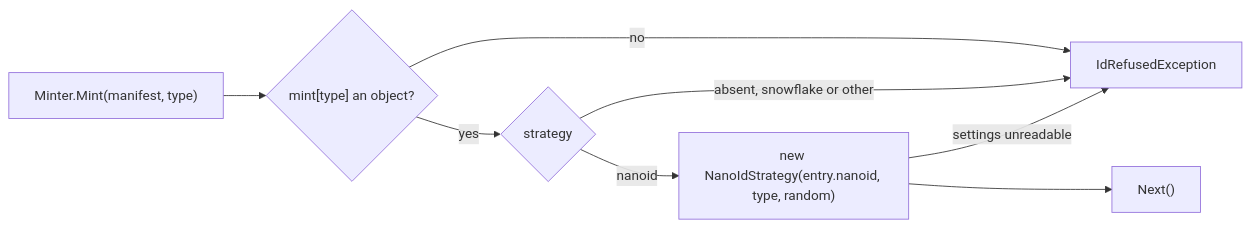
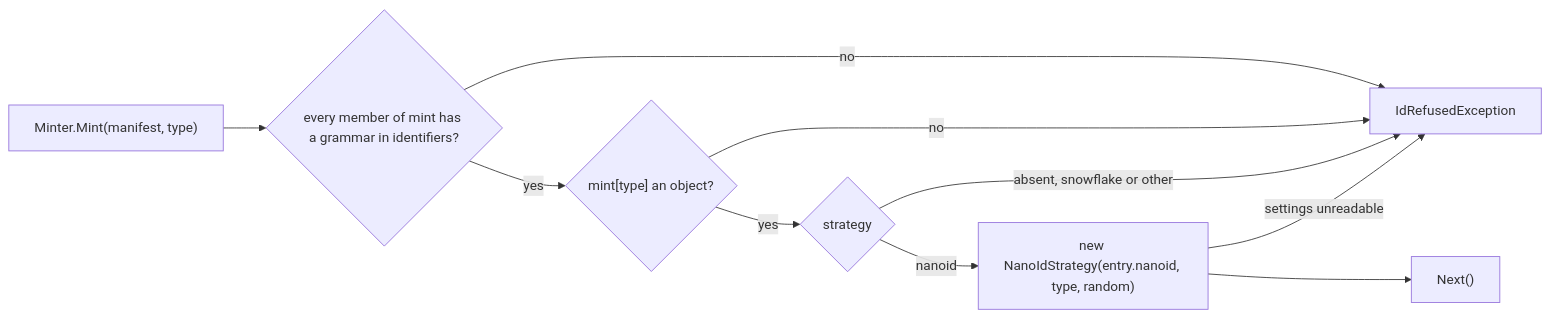
The first of 2 diagrams in src/specht/Identifiers/.spec/README.md (RLittlesII/specht), drawn with Mermaid before and after one commit. The commit also changed other lines of this file and 9 other files, not shown here.

````diff
--- a/src/specht/Identifiers/.spec/README.md
+++ b/src/specht/Identifiers/.spec/README.md
@@ -217,10 +223,12 @@
 ```mermaid
 flowchart LR
-    A["Minter.Mint(manifest, type)"] --> B{"mint[type] an object?"}
+    A["Minter.Mint(manifest, type)"] --> G{"every member of mint has a grammar in identifiers?"}
+    G -- no --> R
+    G -- yes --> B{"mint[type] an object?"}
     B -- no --> R[IdRefusedException]
     B -- yes --> C{strategy}
     C -- nanoid --> D["new NanoIdStrategy(entry.nanoid, type, random)"]
     C -- absent, snowflake or other --> R
     D -- settings unreadable --> R
     D --> E["Next()"]
 ```
````
